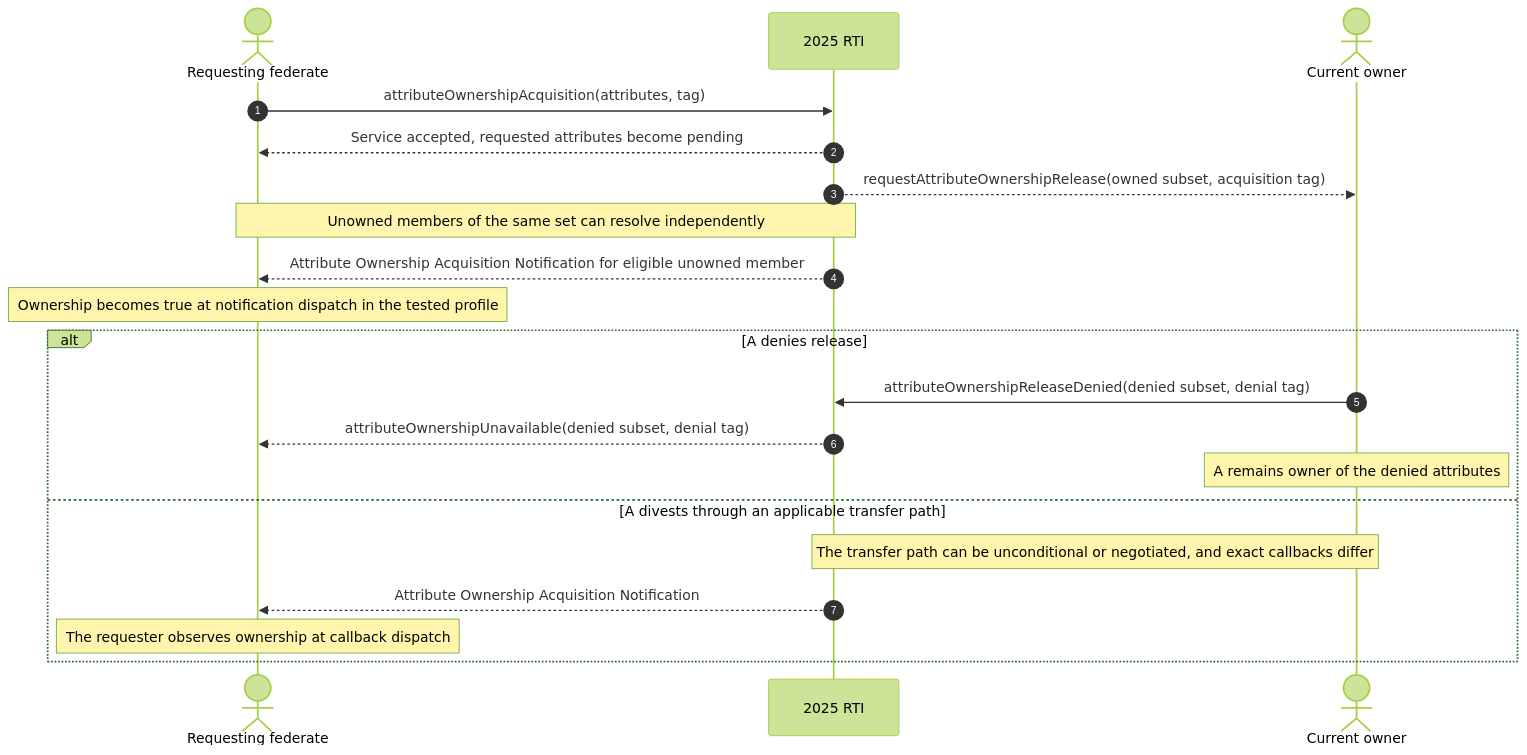
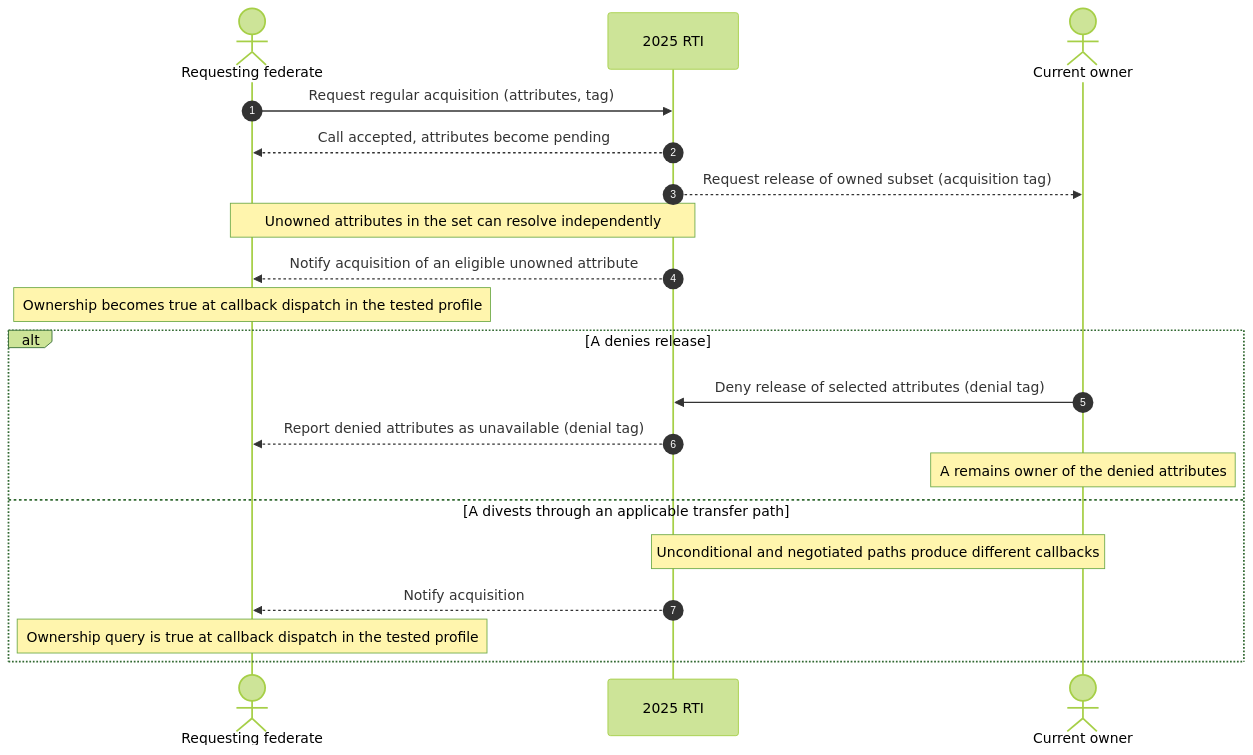
One commit to sheepfling/umbra changed the seventh of 18 diagrams in docs/design/HLA-2025-ATTRIBUTE-OWNERSHIP-FLOW-GUIDE.md. Above: the diagram before and after it, drawn with Mermaid (forest theme). The commit also changed other lines of this file and 822 other files, not shown here.

````diff
--- a/docs/design/HLA-2025-ATTRIBUTE-OWNERSHIP-FLOW-GUIDE.md
+++ b/docs/design/HLA-2025-ATTRIBUTE-OWNERSHIP-FLOW-GUIDE.md
@@ -92,23 +521,23 @@
 ```mermaid
 sequenceDiagram
   autonumber
   actor B as Requesting federate
   participant RTI as 2025 RTI
   actor A as Current owner
 
-  B->>RTI: attributeOwnershipAcquisition(attributes, tag)
-  RTI-->>B: Service accepted, requested attributes become pending
-  RTI-->>A: requestAttributeOwnershipRelease(owned subset, acquisition tag)
-  Note over B,RTI: Unowned members of the same set can resolve independently
-  RTI-->>B: Attribute Ownership Acquisition Notification for eligible unowned member
-  Note over B: Ownership becomes true at notification dispatch in the tested profile
+  B->>RTI: Request regular acquisition (attributes, tag)
+  RTI-->>B: Call accepted, attributes become pending
+  RTI-->>A: Request release of owned subset (acquisition tag)
+  Note over B,RTI: Unowned attributes in the set can resolve independently
+  RTI-->>B: Notify acquisition of an eligible unowned attribute
+  Note over B: Ownership becomes true at callback dispatch in the tested profile
   alt A denies release
-    A->>RTI: attributeOwnershipReleaseDenied(denied subset, denial tag)
-    RTI-->>B: attributeOwnershipUnavailable(denied subset, denial tag)
+    A->>RTI: Deny release of selected attributes (denial tag)
+    RTI-->>B: Report denied attributes as unavailable (denial tag)
     Note over A: A remains owner of the denied attributes
   else A divests through an applicable transfer path
-    Note over A,RTI: The transfer path can be unconditional or negotiated, and exact callbacks differ
-    RTI-->>B: Attribute Ownership Acquisition Notification
-    Note over B: The requester observes ownership at callback dispatch
+    Note over A,RTI: Unconditional and negotiated paths produce different callbacks
+    RTI-->>B: Notify acquisition
+    Note over B: Ownership query is true at callback dispatch in the tested profile
   end
 ```
````
